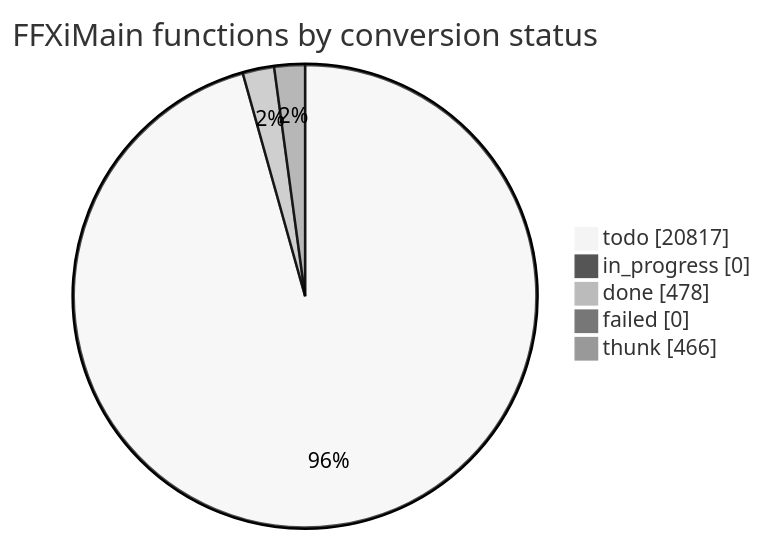
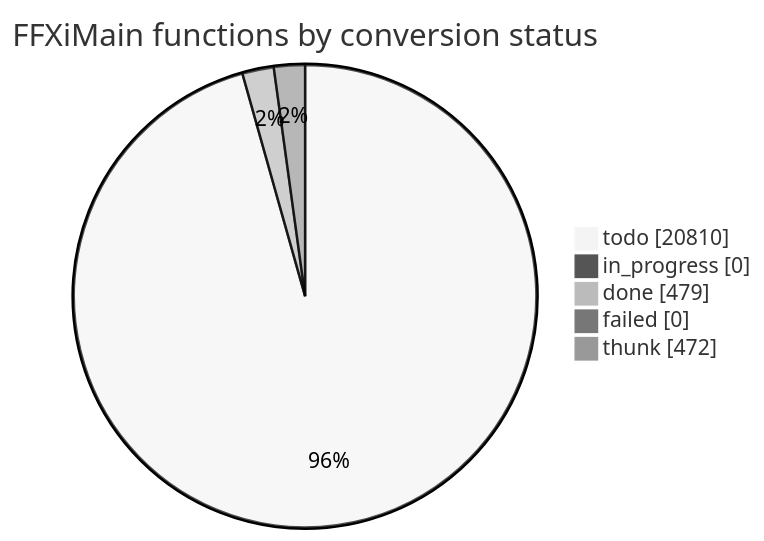
Before and after one commit to cowrevenge/cow_kuluu_xi_anything: the diagram in docs/cow/STATUS.md, drawn with Mermaid (neutral theme). The commit also changed other lines of this file and 9 other files, not shown here.

````diff
--- a/docs/cow/STATUS.md
+++ b/docs/cow/STATUS.md
@@ -18,9 +18,9 @@
 ```mermaid
 pie showData
     title FFXiMain functions by conversion status
-    "todo" : 20817
+    "todo" : 20810
     "in_progress" : 0
-    "done" : 478
+    "done" : 479
     "failed" : 0
-    "thunk" : 466
+    "thunk" : 472
 ```
````
